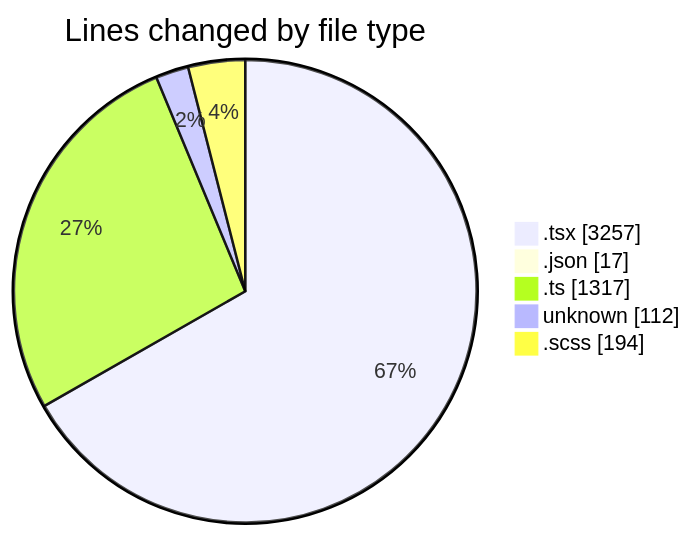
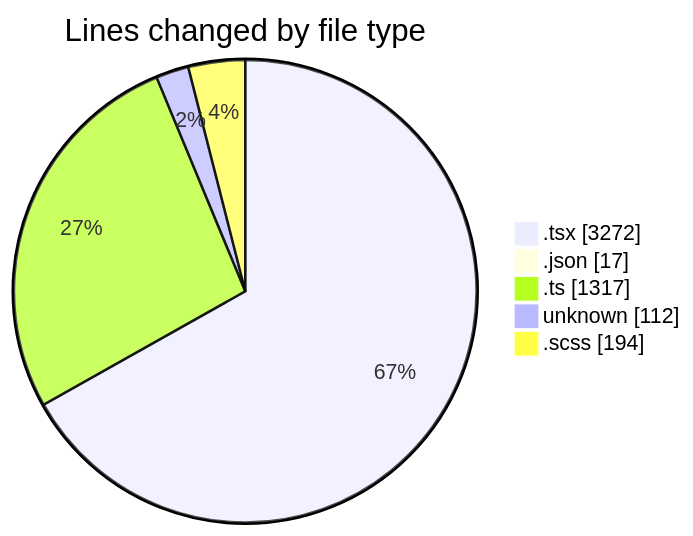
The first of 2 diagrams in 2026-04-30/cda/README.md (momahboobian/code-tracking), drawn with Mermaid before and after one commit. The commit also changed other lines of this file and 1 other file, not shown here.

````diff
--- a/2026-04-30/cda/README.md
+++ b/2026-04-30/cda/README.md
@@ -59,9 +59,9 @@
 ```mermaid
 pie showData
 title Lines changed by file type
-".tsx" : 3257
+".tsx" : 3272
 ".json" : 17
 ".ts" : 1317
 "unknown" : 112
 ".scss" : 194
 ```
````
